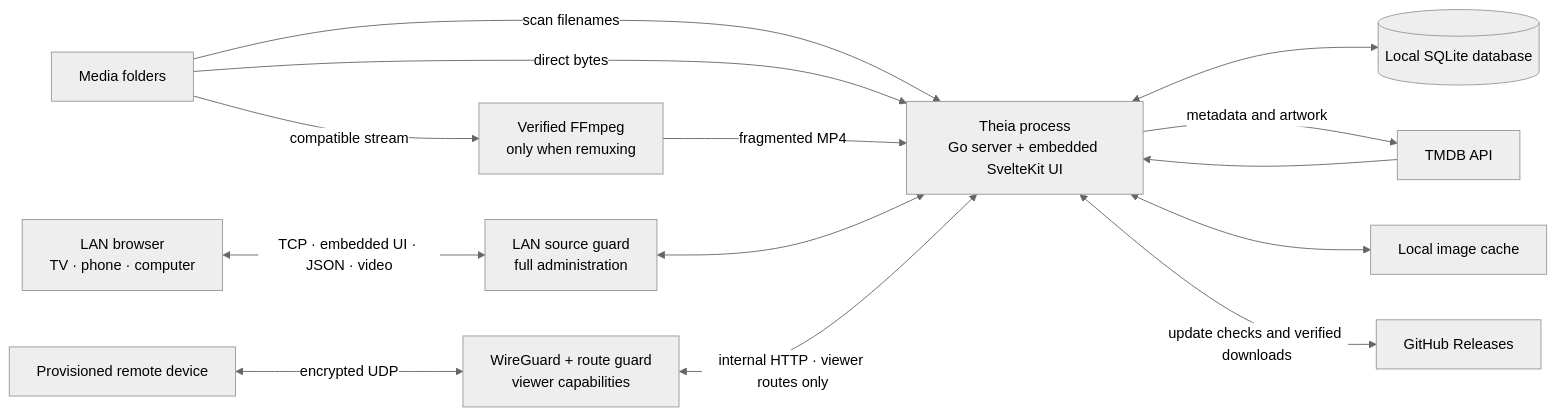
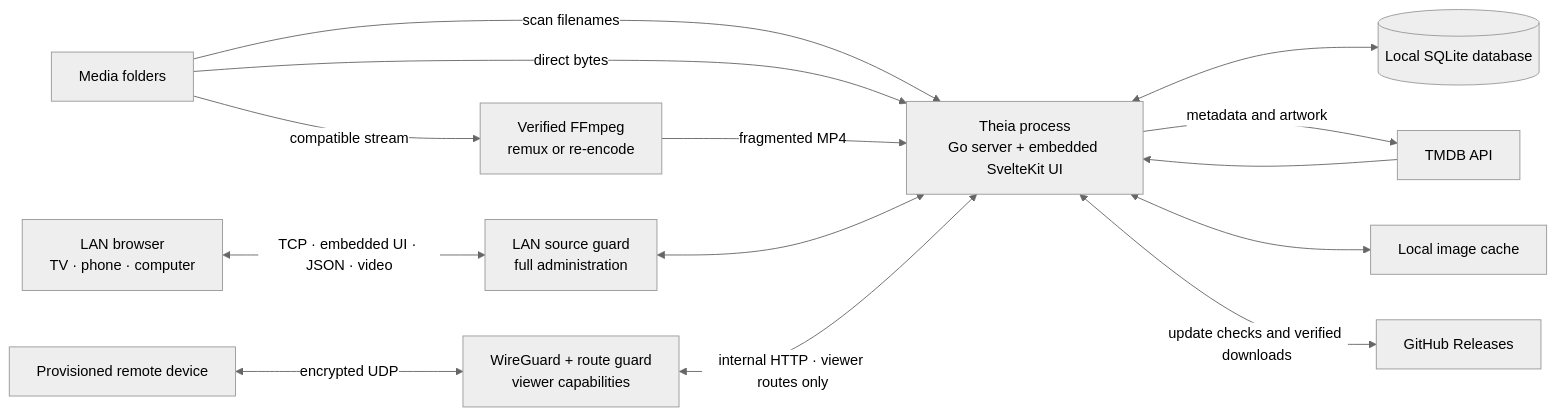
The diagram in README.md (Benitoow/theia-media), drawn with Mermaid (neutral theme) before and after one commit. The commit also changed other lines of this file and 1 other file, not shown here.

````diff
--- a/README.md
+++ b/README.md
@@ -249,28 +252,28 @@
 ```mermaid
 flowchart LR
     Movies["Media folders"]
     LANBrowser["LAN browser<br/>TV · phone · computer"]
     RemoteDevice["Provisioned remote device"]
     LANGuard["LAN source guard<br/>full administration"]
     RemoteGuard["WireGuard + route guard<br/>viewer capabilities"]
     Theia["Theia process<br/>Go server + embedded SvelteKit UI"]
     DB[("Local SQLite database")]
     Cache["Local image cache"]
-    FFmpeg["Verified FFmpeg<br/>only when remuxing"]
+    FFmpeg["Verified FFmpeg<br/>remux or re-encode"]
     TMDB["TMDB API"]
     GitHub["GitHub Releases"]
 
     Movies -->|"scan filenames"| Theia
     Theia <--> DB
     Theia -->|"metadata and artwork"| TMDB
     TMDB --> Theia
     Theia <--> Cache
     Movies -->|"direct bytes"| Theia
     Movies -->|"compatible stream"| FFmpeg
     FFmpeg -->|"fragmented MP4"| Theia
     LANBrowser <-->|"TCP · embedded UI · JSON · video"| LANGuard
     LANGuard <--> Theia
     RemoteDevice <-->|"encrypted UDP"| RemoteGuard
     RemoteGuard <-->|"internal HTTP · viewer routes only"| Theia
     Theia <-->|"update checks and verified downloads"| GitHub
 ```
````
